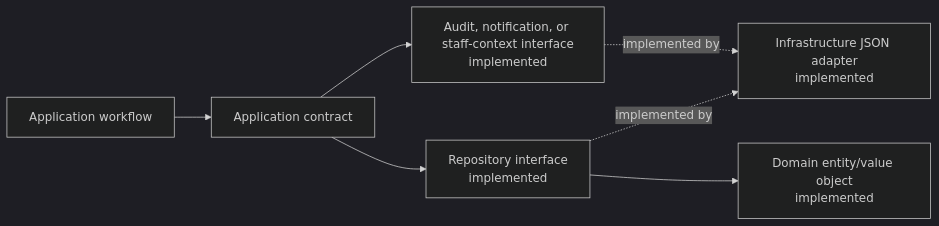
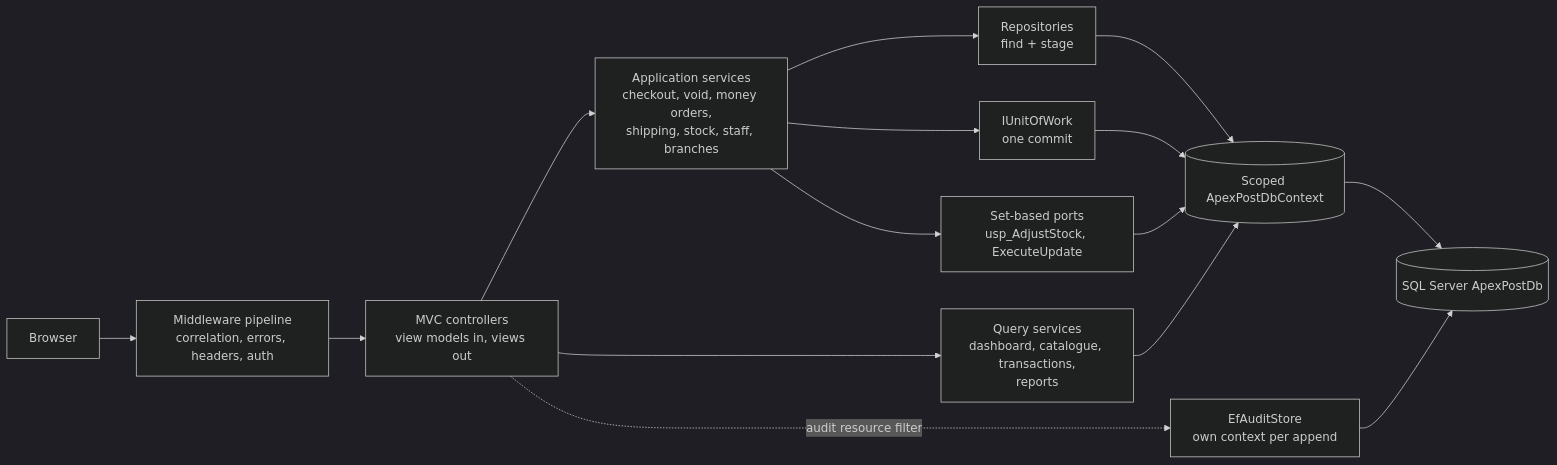
Before and after one commit to NarendraDappili/ApexPostLogisticsRepo: the second of 7 diagrams in DESIGN.md, drawn with Mermaid (dark theme). The commit also changed other lines of this file and 24 other files, not shown here.

````diff
--- a/DESIGN.md
+++ b/DESIGN.md
@@ -55,9 +52,16 @@
 ```mermaid
 flowchart LR
-    Consumer[Application workflow] --> Contract[Application contract]
-    Contract --> Repository[Repository interface<br/>implemented]
-    Contract --> Capability[Audit, notification, or staff-context interface<br/>implemented]
-    Repository -. implemented by .-> Infrastructure[Infrastructure JSON adapter<br/>implemented]
-    Capability -. implemented by .-> Infrastructure
-    Repository --> Domain[Domain entity/value object<br/>implemented]
+    Browser --> Pipeline[Middleware pipeline<br/>correlation, errors, headers, auth]
+    Pipeline --> Controllers[MVC controllers<br/>view models in, views out]
+    Controllers --> Commands[Application services<br/>checkout, void, money orders,<br/>shipping, stock, staff, branches]
+    Controllers --> Queries[Query services<br/>dashboard, catalogue, transactions,<br/>reports]
+    Commands --> Repos[Repositories<br/>find + stage]
+    Commands --> UoW[IUnitOfWork<br/>one commit]
+    Commands --> Ports[Set-based ports<br/>usp_AdjustStock, ExecuteUpdate]
+    Repos --> Ctx[(Scoped ApexPostDbContext)]
+    UoW --> Ctx
+    Ports --> Ctx
+    Queries --> Ctx
+    Ctx --> Sql[(SQL Server ApexPostDb)]
+    Controllers -. audit resource filter .-> Audit[EfAuditStore<br/>own context per append] --> Sql
 ```
````
